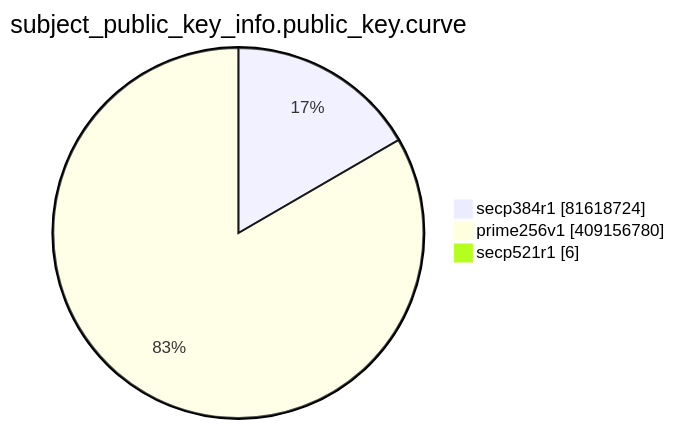
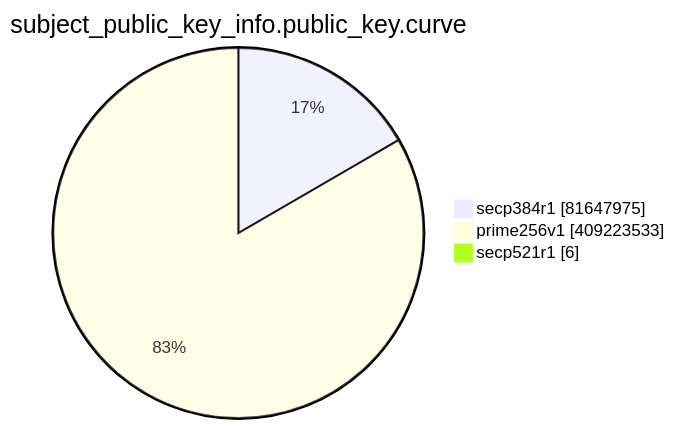
The eighth of 15 diagrams in TOTAL/README.md (christiankrug/ctmonitor_visualization), drawn with Mermaid before and after one commit. The commit also changed other lines of this file, not shown here.

````diff
--- a/TOTAL/README.md
+++ b/TOTAL/README.md
@@ -3096,7 +3096,7 @@
 ```mermaid
 pie showData
 title subject_public_key_info.public_key.curve
-"secp384r1" :81618724
-"prime256v1" :409156780
+"secp384r1" :81647975
+"prime256v1" :409223533
 "secp521r1" :6
 ```
````
